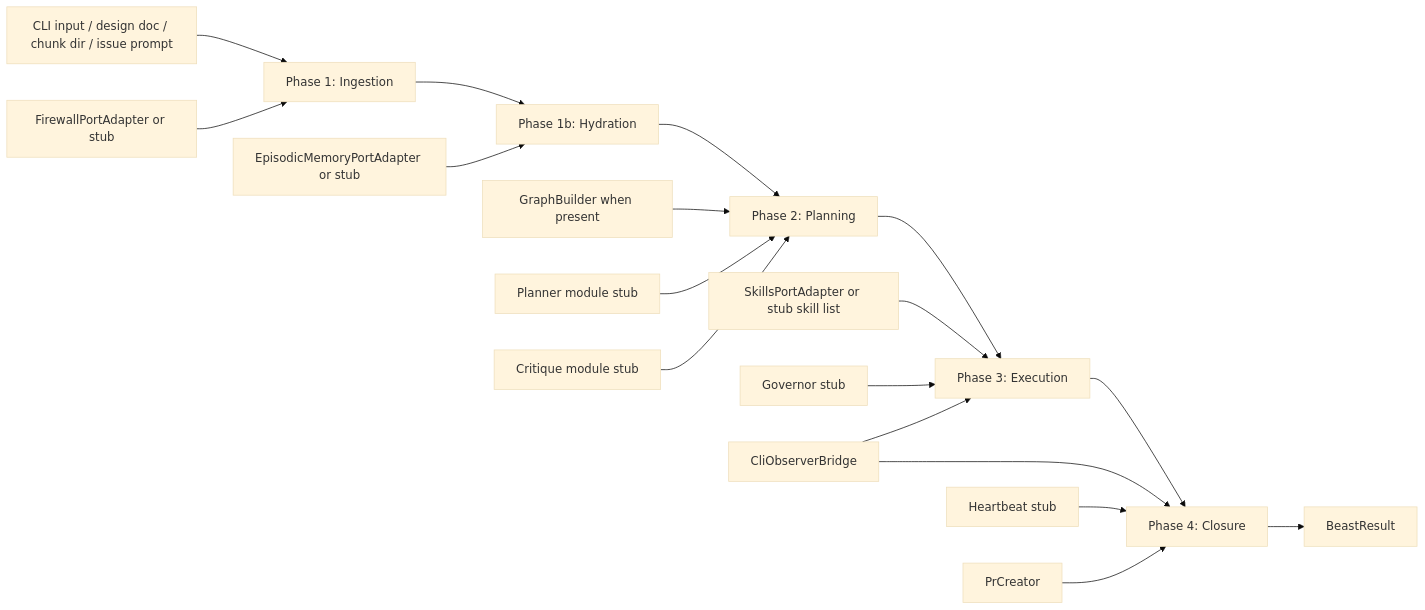
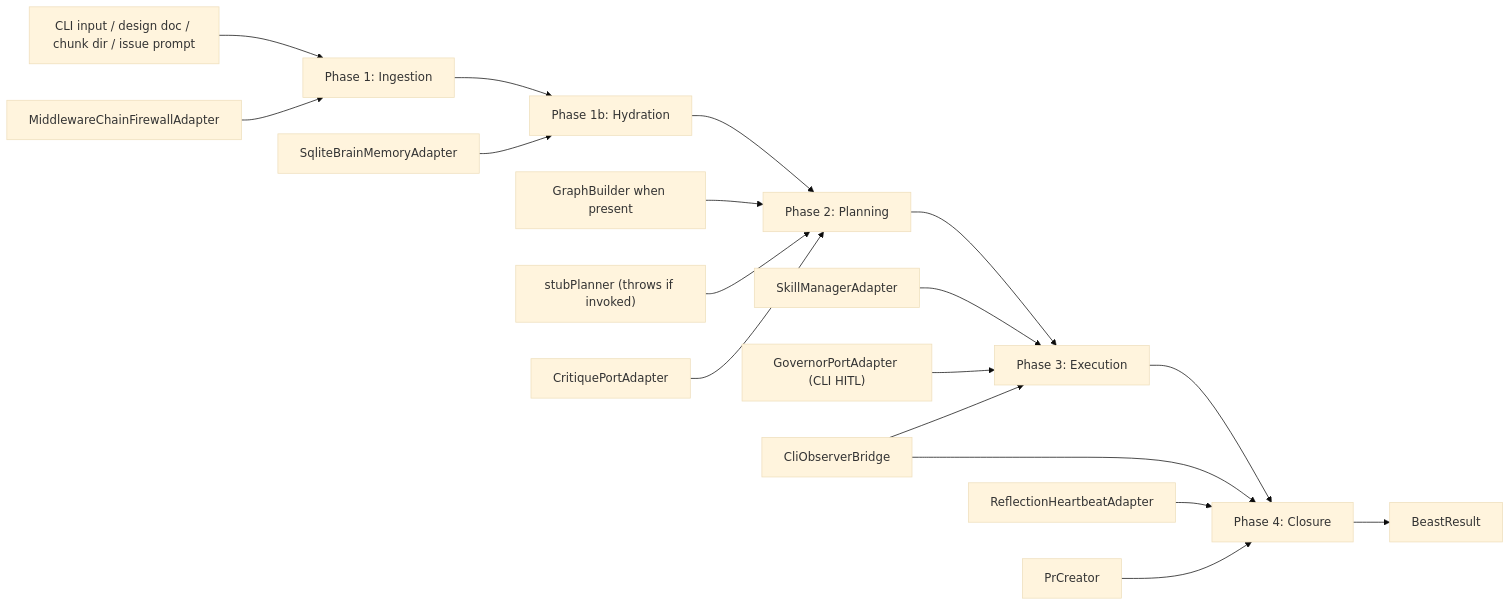
Before and after one commit to djm204/frankenbeast: the second of 18 diagrams in docs/DATA_FLOW.md, drawn with Mermaid (base theme). The commit also changed other lines of this file and 2 other files, not shown here.

First line of the commit message:
docs: correct architecture docs to match real local-CLI wiring and contracts

````diff
--- a/docs/DATA_FLOW.md
+++ b/docs/DATA_FLOW.md
@@ -98,34 +99,34 @@
 ```mermaid
 flowchart LR
     Input["CLI input / design doc / chunk dir / issue prompt"]
     Ingest["Phase 1: Ingestion"]
     Hydrate["Phase 1b: Hydration"]
     Plan["Phase 2: Planning"]
     Execute["Phase 3: Execution"]
     Close["Phase 4: Closure"]
     Result["BeastResult"]
 
-    FW["FirewallPortAdapter or stub"]
-    MEM["EpisodicMemoryPortAdapter or stub"]
+    FW["MiddlewareChainFirewallAdapter"]
+    MEM["SqliteBrainMemoryAdapter"]
     GB["GraphBuilder when present"]
-    Planner["Planner module stub"]
-    Critique["Critique module stub"]
-    Skills["SkillsPortAdapter or stub skill list"]
-    Governor["Governor stub"]
+    Planner["stubPlanner (throws if invoked)"]
+    Critique["CritiquePortAdapter"]
+    Skills["SkillManagerAdapter"]
+    Governor["GovernorPortAdapter (CLI HITL)"]
     Observer["CliObserverBridge"]
-    Heartbeat["Heartbeat stub"]
+    Heartbeat["ReflectionHeartbeatAdapter"]
     PR["PrCreator"]
 
     Input --> Ingest --> Hydrate --> Plan --> Execute --> Close --> Result
     FW --> Ingest
     MEM --> Hydrate
     GB --> Plan
     Planner --> Plan
     Critique --> Plan
     Skills --> Execute
     Governor --> Execute
     Observer --> Execute
     Observer --> Close
     Heartbeat --> Close
     PR --> Close
 ```
````
